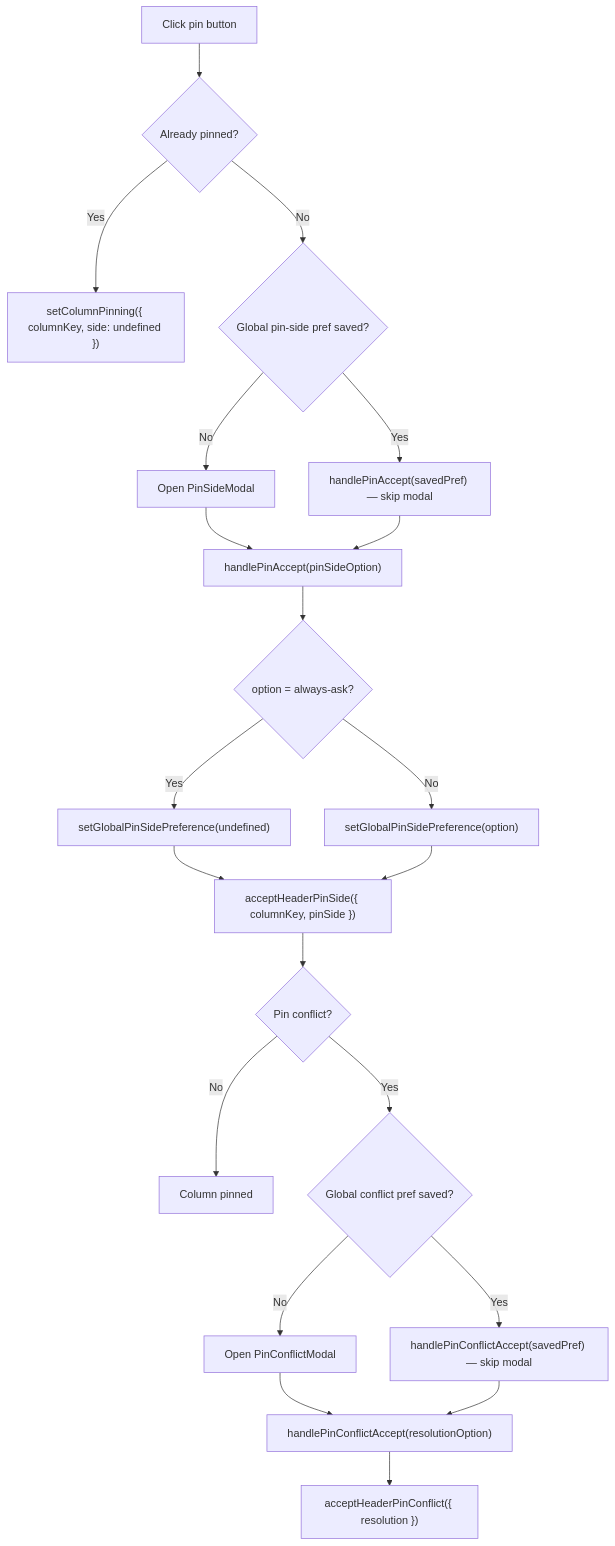
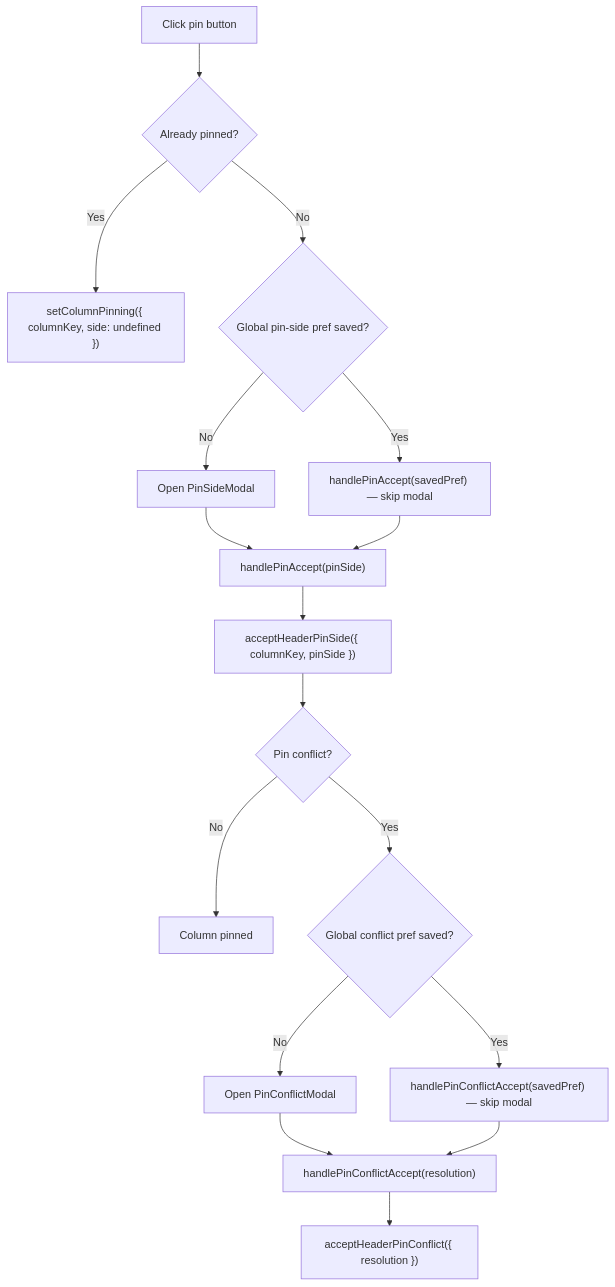
The third of 3 diagrams in apps/react-router/src/components/Table/TableHeaderCell/ARCHITECTURE.md (luciocabrera/lcabrera-stack), drawn with Mermaid before and after one commit. The commit also changed other lines of this file and 14 other files, not shown here.

````diff
--- a/apps/react-router/src/components/Table/TableHeaderCell/ARCHITECTURE.md
+++ b/apps/react-router/src/components/Table/TableHeaderCell/ARCHITECTURE.md
@@ -74,23 +72,19 @@
 ```mermaid
 graph TD
   Click["Click pin button"] --> Check{"Already pinned?"}
   Check -->|Yes| Unpin["setColumnPinning({ columnKey, side: undefined })"]
   Check -->|No| PrefCheck{"Global pin-side pref saved?"}
   PrefCheck -->|Yes| AutoPin["handlePinAccept(savedPref) — skip modal"]
   PrefCheck -->|No| Modal["Open PinSideModal"]
-  Modal --> Accept["handlePinAccept(pinSideOption)"]
+  Modal --> Accept["handlePinAccept(pinSide)"]
   AutoPin --> Accept
-  Accept --> SavePref{"option = always-ask?"}
-  SavePref -->|Yes| ClearPref["setGlobalPinSidePreference(undefined)"]
-  SavePref -->|No| StorePref["setGlobalPinSidePreference(option)"]
-  ClearPref --> PinAction["acceptHeaderPinSide({ columnKey, pinSide })"]
-  StorePref --> PinAction
+  Accept --> PinAction["acceptHeaderPinSide({ columnKey, pinSide })"]
   PinAction --> Conflict{"Pin conflict?"}
   Conflict -->|No| Done["Column pinned"]
   Conflict -->|Yes| ConflictPrefCheck{"Global conflict pref saved?"}
   ConflictPrefCheck -->|Yes| AutoConflict["handlePinConflictAccept(savedPref) — skip modal"]
   ConflictPrefCheck -->|No| ConflictModal["Open PinConflictModal"]
-  ConflictModal --> Resolve["handlePinConflictAccept(resolutionOption)"]
+  ConflictModal --> Resolve["handlePinConflictAccept(resolution)"]
   AutoConflict --> Resolve
   Resolve --> acceptHeaderPinConflict["acceptHeaderPinConflict({ resolution })"]
 ```
````
